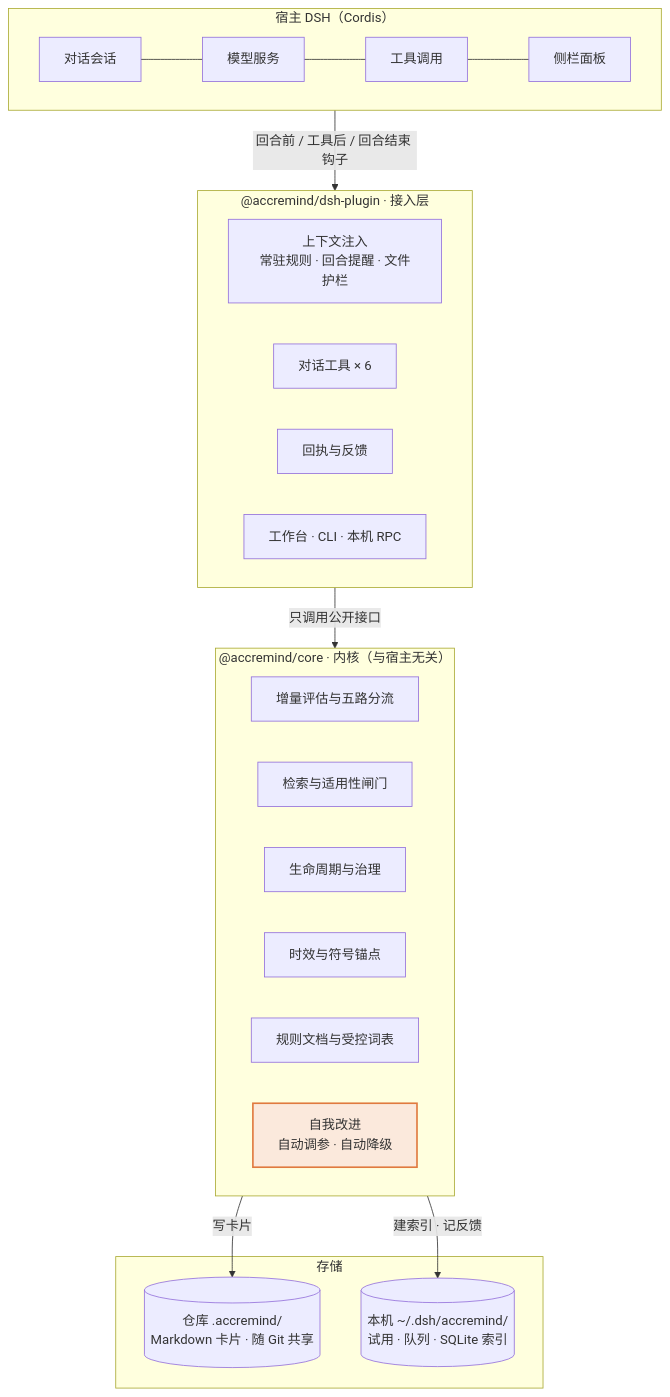
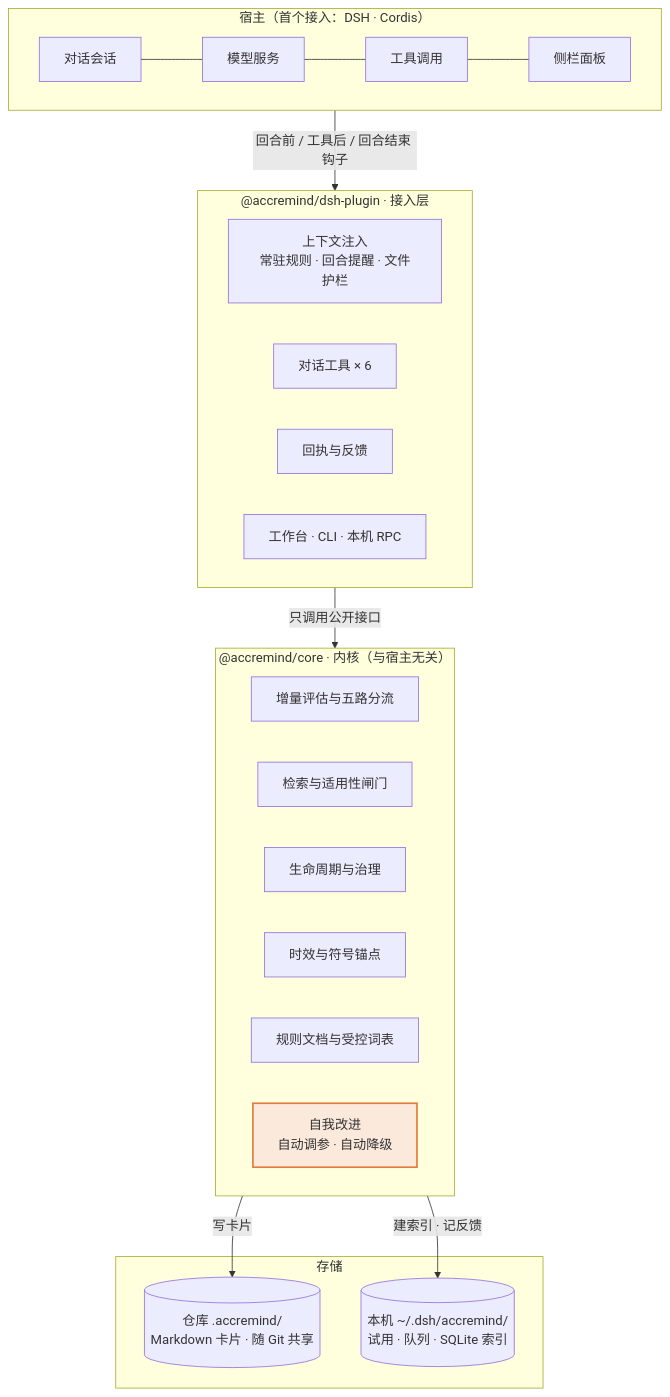
One commit to ninthmonee/AccreMind changed the first of 5 diagrams in docs/ARCHITECTURE.md. Above: the diagram before and after it, drawn with Mermaid. The commit also changed other lines of this file and 9 other files, not shown here.

````diff
--- a/docs/ARCHITECTURE.md
+++ b/docs/ARCHITECTURE.md
@@ -62,34 +64,34 @@
 ```mermaid
 flowchart TB
-  subgraph Host["宿主 DSH（Cordis）"]
+  subgraph Host["宿主（首个接入：DSH · Cordis）"]
     H1[对话会话] --- H2[模型服务] --- H3[工具调用] --- H4[侧栏面板]
   end
 
   subgraph Plugin["@accremind/dsh-plugin · 接入层"]
     P1[上下文注入<br/>常驻规则 · 回合提醒 · 文件护栏]
     P2[对话工具 × 6]
     P3[回执与反馈]
     P4[工作台 · CLI · 本机 RPC]
   end
 
   subgraph Core["@accremind/core · 内核（与宿主无关）"]
     C1[增量评估与五路分流]
     C2[检索与适用性闸门]
     C3[生命周期与治理]
     C4[时效与符号锚点]
     C5[规则文档与受控词表]
     C6[自我改进<br/>自动调参 · 自动降级]
   end
 
   subgraph Store["存储"]
     S1[(仓库 .accremind/<br/>Markdown 卡片 · 随 Git 共享)]
     S2[(本机 ~/.dsh/accremind/<br/>试用 · 队列 · SQLite 索引)]
   end
 
   Host -- "回合前 / 工具后 / 回合结束 钩子" --> Plugin
   Plugin -- "只调用公开接口" --> Core
   Core -- 写卡片 --> S1
   Core -- "建索引 · 记反馈" --> S2
 
   style C6 fill:#FBE9DC,stroke:#E07A3F,stroke-width:2px
 ```
````
